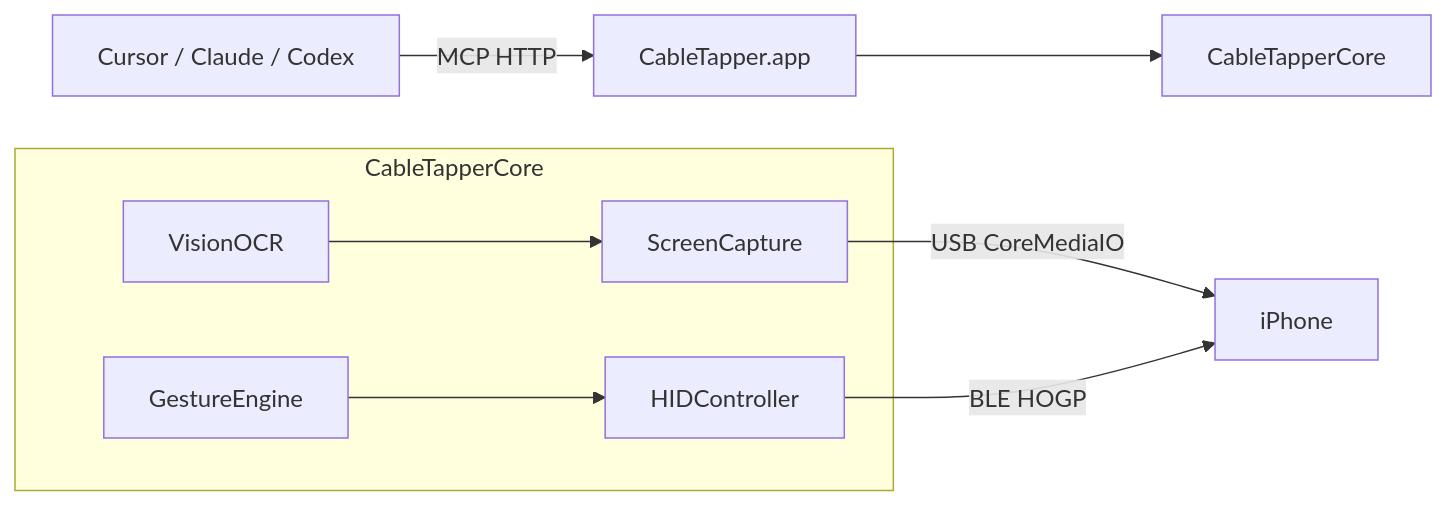
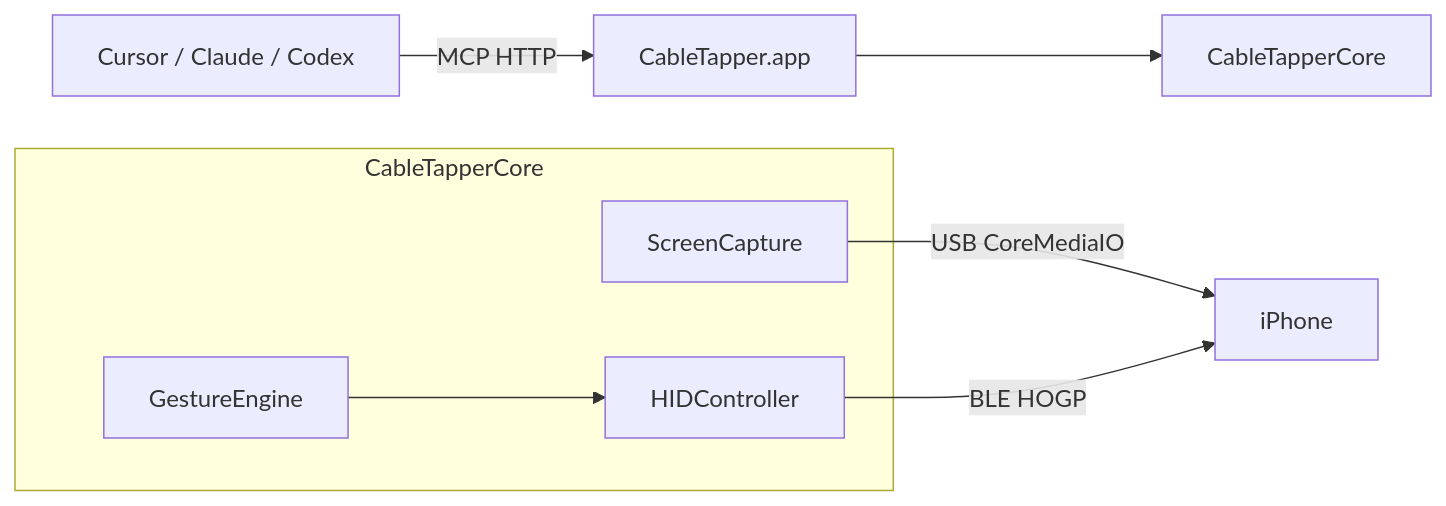
Before and after one commit to James-chok/CableTapper: the diagram in README.md, drawn with Mermaid. The commit also changed other lines of this file and 6 other files, not shown here.

````diff
--- a/README.md
+++ b/README.md
@@ -16,15 +16,13 @@
 ```mermaid
 flowchart LR
   Agent["Cursor / Claude / Codex"] -->|"MCP HTTP"| App["CableTapper.app"]
   App --> Core["CableTapperCore"]
   subgraph core [CableTapperCore]
     Screen["ScreenCapture"]
     Gestures["GestureEngine"]
     HID["HIDController"]
-    OCR["VisionOCR"]
   end
   Screen -->|"USB CoreMediaIO"| iPhone["iPhone"]
   Gestures --> HID
   HID -->|"BLE HOGP"| iPhone
-  OCR --> Screen
 ```
````
